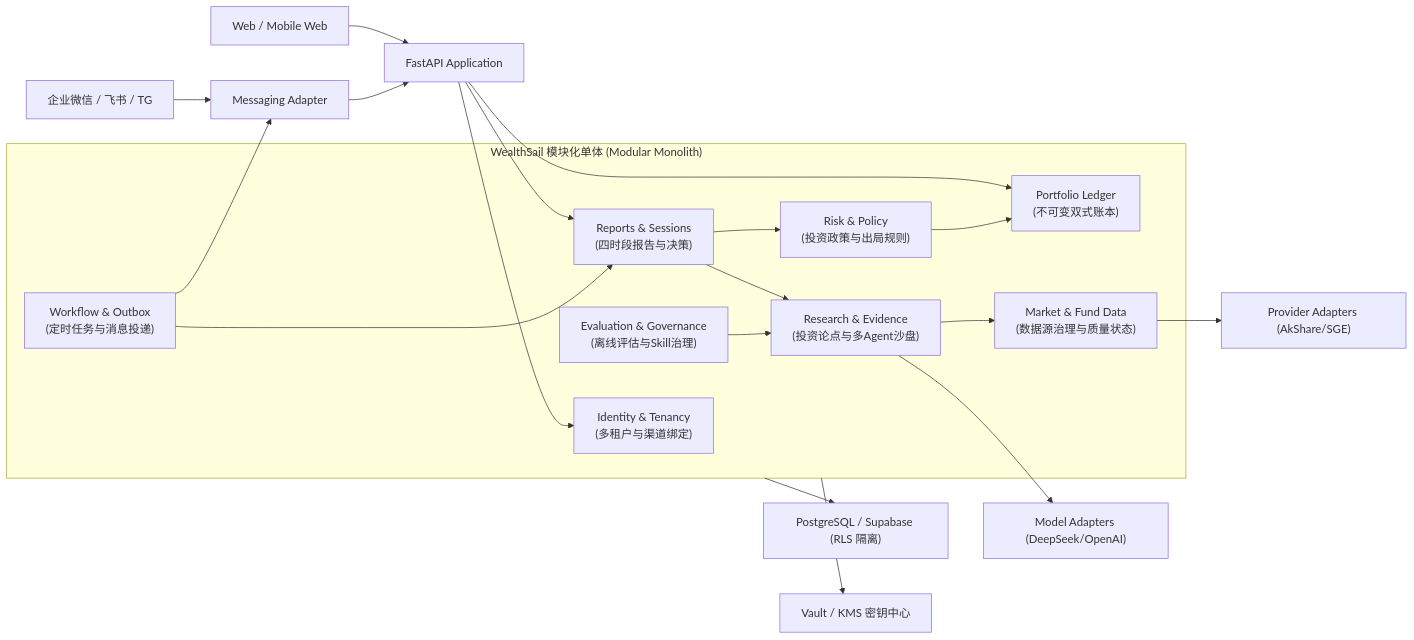
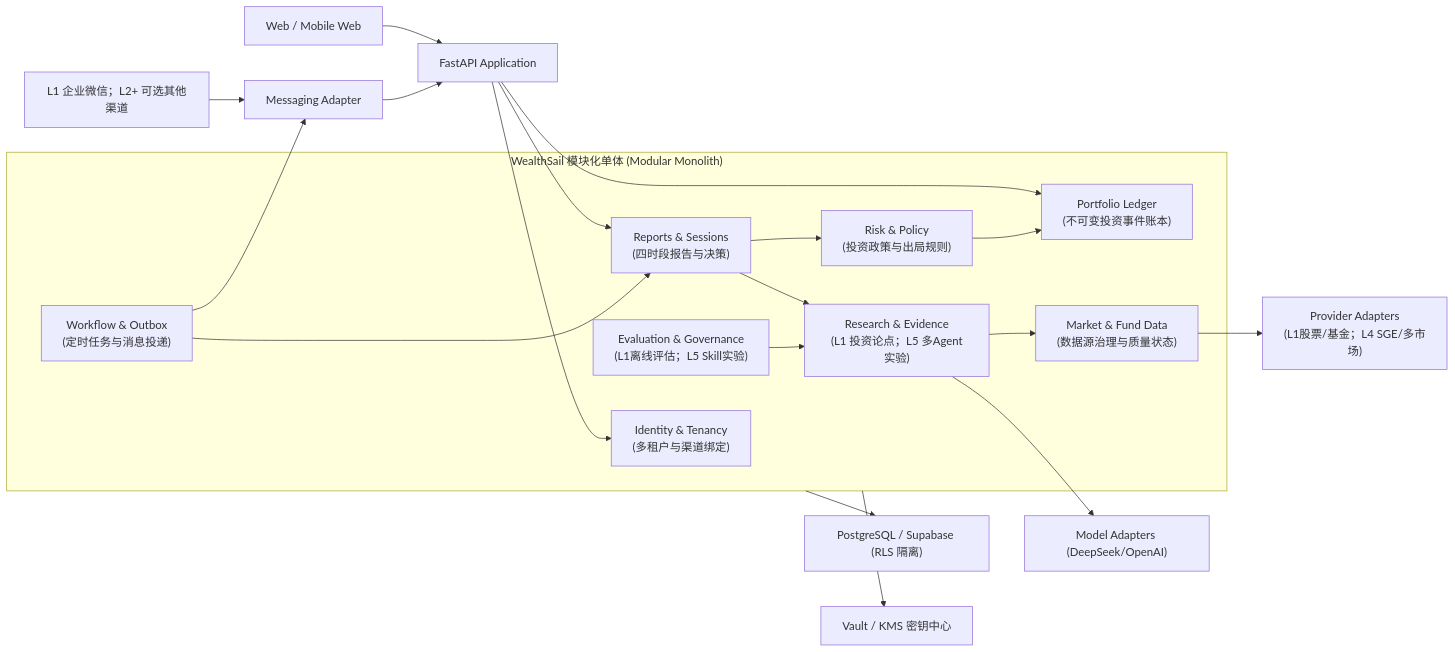
Before and after one commit to sinojelly/wealthsail: the second of 3 diagrams in docs/02.WealthSail投研平台全栈技术选型与架构评估.md, drawn with Mermaid. The commit also changed other lines of this file and 30 other files, not shown here.

First line of the commit message:
docs: align restored WealthSail detail with phased architecture

````diff
--- a/docs/02.WealthSail投研平台全栈技术选型与架构评估.md
+++ b/docs/02.WealthSail投研平台全栈技术选型与架构评估.md
@@ -179,33 +190,33 @@
 ```mermaid
 flowchart LR
     Web["Web / Mobile Web"] --> API["FastAPI Application"]
-    WeCom["企业微信 / 飞书 / TG"] --> Channel["Messaging Adapter"]
+    WeCom["L1 企业微信；L2+ 可选其他渠道"] --> Channel["Messaging Adapter"]
     Channel --> API
 
     subgraph Core["WealthSail 模块化单体 (Modular Monolith)"]
         Identity["Identity & Tenancy<br>(多租户与渠道绑定)"]
-        Ledger["Portfolio Ledger<br>(不可变双式账本)"]
+        Ledger["Portfolio Ledger<br>(不可变投资事件账本)"]
         Data["Market & Fund Data<br>(数据源治理与质量状态)"]
-        Research["Research & Evidence<br>(投资论点与多Agent沙盘)"]
+        Research["Research & Evidence<br>(L1 投资论点；L5 多Agent实验)"]
         Risk["Risk & Policy<br>(投资政策与出局规则)"]
         Reports["Reports & Sessions<br>(四时段报告与决策)"]
         Workflow["Workflow & Outbox<br>(定时任务与消息投递)"]
-        Eval["Evaluation & Governance<br>(离线评估与Skill治理)"]
+        Eval["Evaluation & Governance<br>(L1离线评估；L5 Skill实验)"]
     end
 
     API --> Identity
     API --> Ledger
     API --> Reports
     Reports --> Research
     Reports --> Risk
     Research --> Data
     Risk --> Ledger
     Workflow --> Reports
     Eval --> Research
 
-    Data --> Providers["Provider Adapters (AkShare/SGE)"]
+    Data --> Providers["Provider Adapters<br>(L1股票/基金；L4 SGE/多市场)"]
     Research --> Models["Model Adapters (DeepSeek/OpenAI)"]
     Workflow --> Channel
     Core --> DB["PostgreSQL / Supabase (RLS 隔离)"]
     Core --> Vault["Vault / KMS 密钥中心"]
 ```
````
